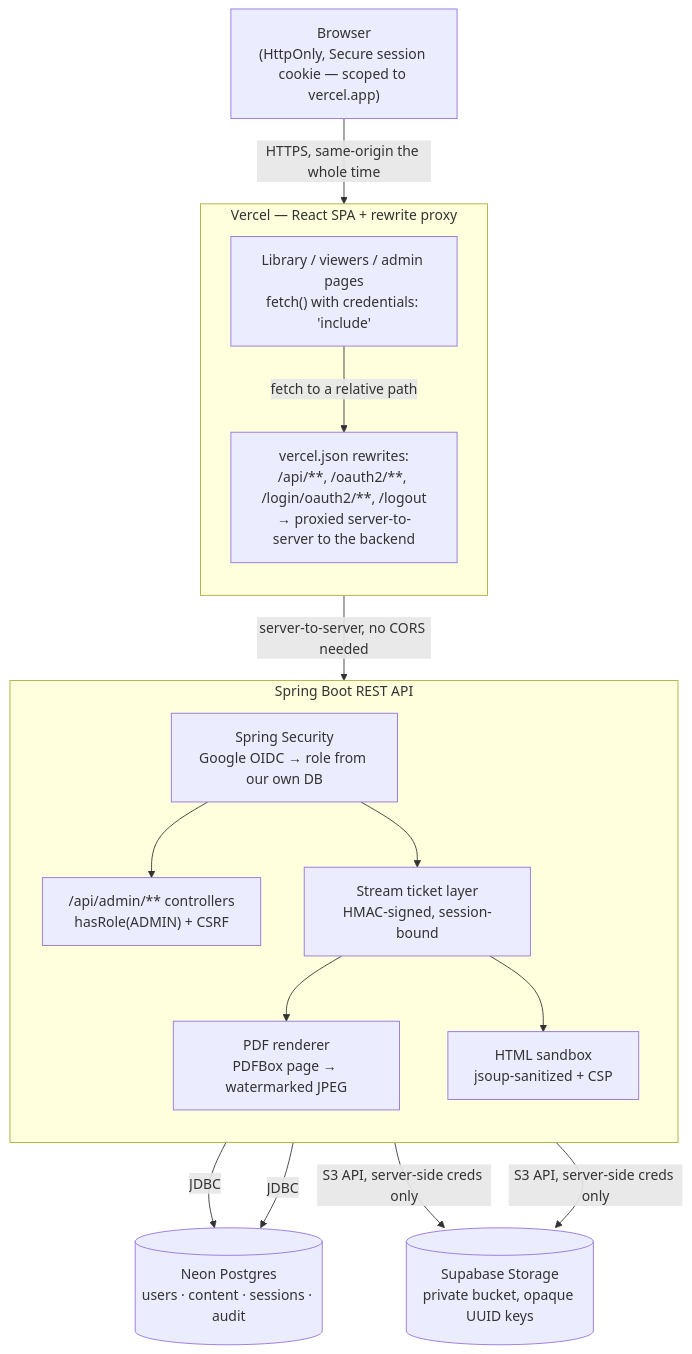
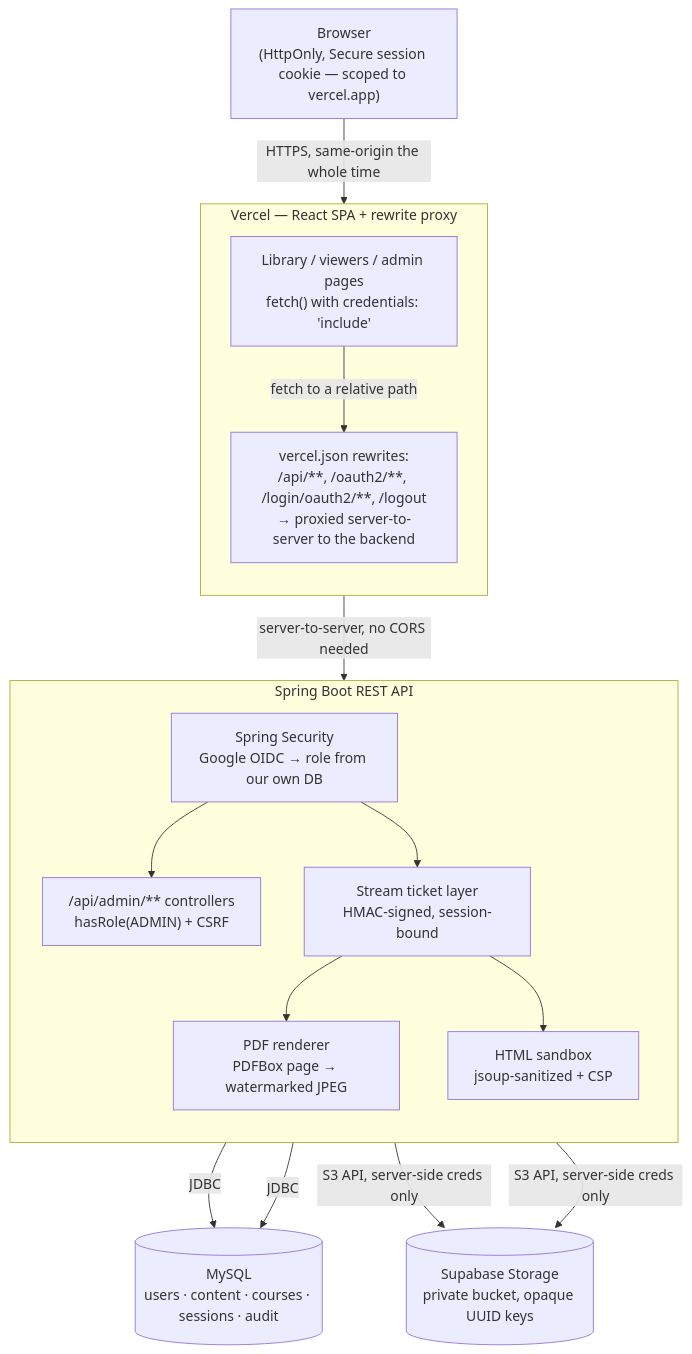
Before and after one commit to Abishek062006/secure-content-portal: the diagram in README.md, drawn with Mermaid. The commit also changed other lines of this file and 7 other files, not shown here.

````diff
--- a/README.md
+++ b/README.md
@@ -72,34 +72,34 @@
 ```mermaid
 flowchart TB
     Browser["Browser<br/>(HttpOnly, Secure session cookie — scoped to vercel.app)"]
 
     subgraph Vercel["Vercel — React SPA + rewrite proxy"]
         direction TB
         Spa["Library / viewers / admin pages<br/>fetch() with credentials: 'include'"]
         Proxy["vercel.json rewrites:<br/>/api/**, /oauth2/**, /login/oauth2/**, /logout<br/>→ proxied server-to-server to the backend"]
     end
 
     subgraph API["Spring Boot REST API"]
         direction TB
         Sec["Spring Security<br/>Google OIDC → role from our own DB"]
         Api["/api/admin/** controllers<br/>hasRole(ADMIN) + CSRF"]
         Stream["Stream ticket layer<br/>HMAC-signed, session-bound"]
         Pdf["PDF renderer<br/>PDFBox page → watermarked JPEG"]
         Html["HTML sandbox<br/>jsoup-sanitized + CSP"]
     end
 
-    Neon[("Neon Postgres<br/>users · content · sessions · audit")]
+    Db[("MySQL<br/>users · content · courses · sessions · audit")]
     Supabase[("Supabase Storage<br/>private bucket, opaque UUID keys")]
 
     Browser -->|HTTPS, same-origin the whole time| Spa
     Spa -->|fetch to a relative path| Proxy
     Proxy -->|server-to-server, no CORS needed| Sec
     Sec --> Api
     Sec --> Stream
     Stream --> Pdf
     Stream --> Html
-    Api -->|JDBC| Neon
-    Stream -->|JDBC| Neon
+    Api -->|JDBC| Db
+    Stream -->|JDBC| Db
     Api -->|S3 API, server-side creds only| Supabase
     Stream -->|S3 API, server-side creds only| Supabase
 ```
````
